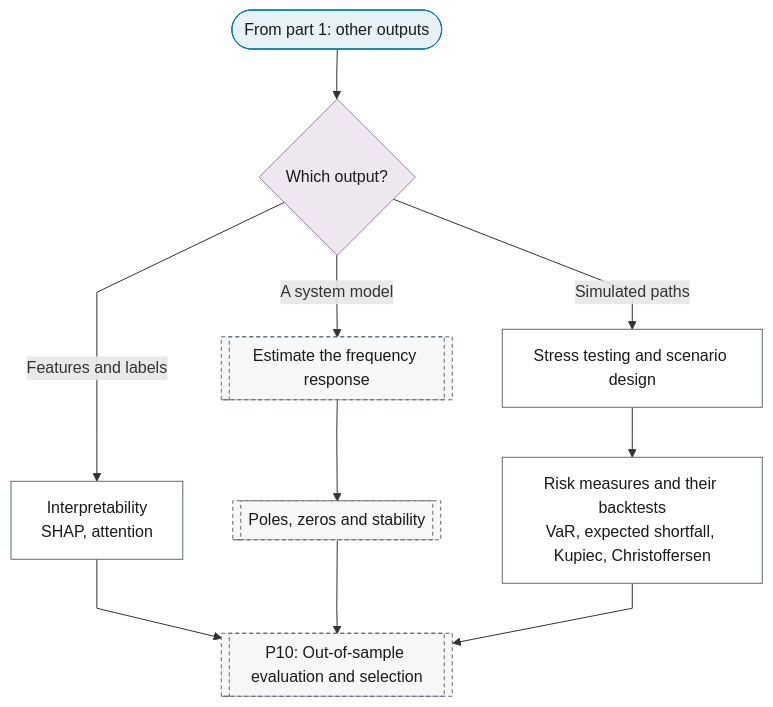
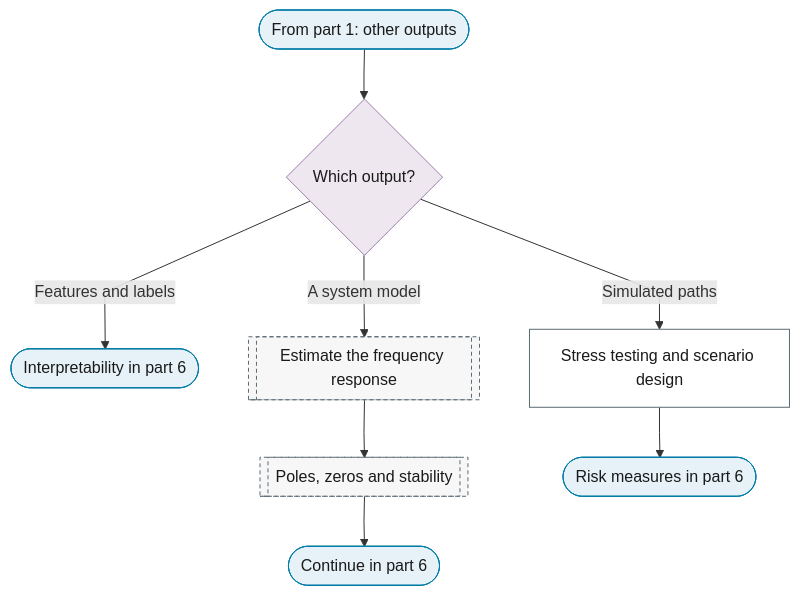
Before and after one commit to Shuxin-Y/time-series-analysis-manual: the fifth of 6 diagrams in docs/01-workflow/p11-inference.md, drawn with Mermaid. The commit also changed other lines of this file and 8 other files, not shown here.

````diff
--- a/docs/01-workflow/p11-inference.md
+++ b/docs/01-workflow/p11-inference.md
@@ -135,23 +131,23 @@
 ```mermaid
 %%{init: {"flowchart": {"curve": "linear"}}}%%
 graph TD
     P11_PART_5_IN(["From part 1: other outputs"]) --> P11_OUTPUTS{"Which output?"}
-    P11_OUTPUTS -->|"Features and labels"| P11_INTERPRETABILITY["Interpretability<br/>SHAP, attention"]
+    P11_OUTPUTS -->|"Features and labels"| P11_FEATURES_TO_PART_6(["Interpretability in part 6"])
     P11_OUTPUTS -->|"A system model"| P0_SI_TRANSFER_FUNCTION[["Estimate the frequency response"]]
     P11_OUTPUTS -->|"Simulated paths"| P11_SCENARIOS["Stress testing and scenario design"]
     P0_SI_TRANSFER_FUNCTION --> P0_SI_STABILITY[["Poles, zeros and stability"]]
-    P11_SCENARIOS --> P11_RISK_MEASURES["Risk measures and their backtests<br/>VaR, expected shortfall, Kupiec, Christoffersen"]
-    P11_INTERPRETABILITY & P0_SI_STABILITY & P11_RISK_MEASURES --> P10[["P10: Out-of-sample evaluation and selection"]]
-    class P11_PART_5_IN terminator
+    P11_SCENARIOS --> P11_RISK_TO_PART_6(["Risk measures in part 6"])
+    P0_SI_STABILITY --> P11_PART_5_OUT(["Continue in part 6"])
+    class P11_PART_5_IN,P11_FEATURES_TO_PART_6,P11_RISK_TO_PART_6,P11_PART_5_OUT terminator
     class P11_OUTPUTS decision
-    class P11_INTERPRETABILITY,P11_SCENARIOS,P11_RISK_MEASURES process
-    class P0_SI_TRANSFER_FUNCTION,P0_SI_STABILITY,P10 ref
+    class P11_SCENARIOS process
+    class P0_SI_TRANSFER_FUNCTION,P0_SI_STABILITY ref
     classDef terminator fill:#E6F2F7,stroke:#007BA7,color:#1A1A1A;
     classDef process fill:#FFFFFF,stroke:#5A6B73,color:#1A1A1A;
     classDef decision fill:#EFE7F0,stroke:#9B7FA7,color:#1A1A1A;
     classDef data fill:#FFF4E0,stroke:#C9A55E,color:#1A1A1A;
     classDef good fill:#DCEFD8,stroke:#4A7A3F,color:#1A1A1A;
     classDef escalate fill:#FFE9C2,stroke:#C9A55E,color:#1A1A1A;
     classDef problem fill:#F2D9DE,stroke:#800020,color:#1A1A1A;
     classDef ref fill:#F7F7F7,stroke:#5A6B73,color:#1A1A1A,stroke-dasharray:4 3;
 ```
````
